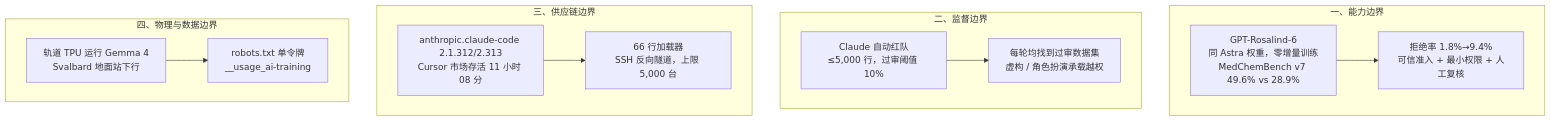
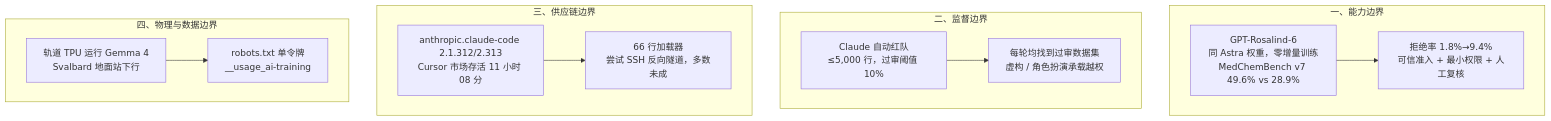
One commit to run-dream/run-dream.github.io changed the diagram in _ai_tongjian/2026-10-30.md. Above: the diagram before and after it, drawn with Mermaid. The commit also changed other lines of this file, not shown here.

````diff
--- a/_ai_tongjian/2026-10-30.md
+++ b/_ai_tongjian/2026-10-30.md
@@ -17,15 +17,15 @@
 ```mermaid
 flowchart TB
     subgraph Cap["一、能力边界"]
         A1["GPT-Rosalind-6<br/>同 Astra 权重，零增量训练<br/>MedChemBench v7 49.6% vs 28.9%"] --> A2["拒绝率 1.8%→9.4%<br/>可信准入 + 最小权限 + 人工复核"]
     end
     subgraph Safety["二、监督边界"]
         B1["Claude 自动红队<br/>≤5,000 行，过审阈值 10%"] --> B2["每轮均找到过审数据集<br/>虚构 / 角色扮演承载越权"]
     end
     subgraph Supply["三、供应链边界"]
-        C1["anthropic.claude-code 2.1.312/2.313<br/>Cursor 市场存活 11 小时 08 分"] --> C2["66 行加载器<br/>SSH 反向隧道，上限 5,000 台"]
+        C1["anthropic.claude-code 2.1.312/2.313<br/>Cursor 市场存活 11 小时 08 分"] --> C2["66 行加载器<br/>尝试 SSH 反向隧道，多数未成"]
     end
     subgraph Infra["四、物理与数据边界"]
         D1["轨道 TPU 运行 Gemma 4<br/>Svalbard 地面站下行"] --> D2["robots.txt 单令牌<br/>__usage_ai-training"]
     end
 ```
````
